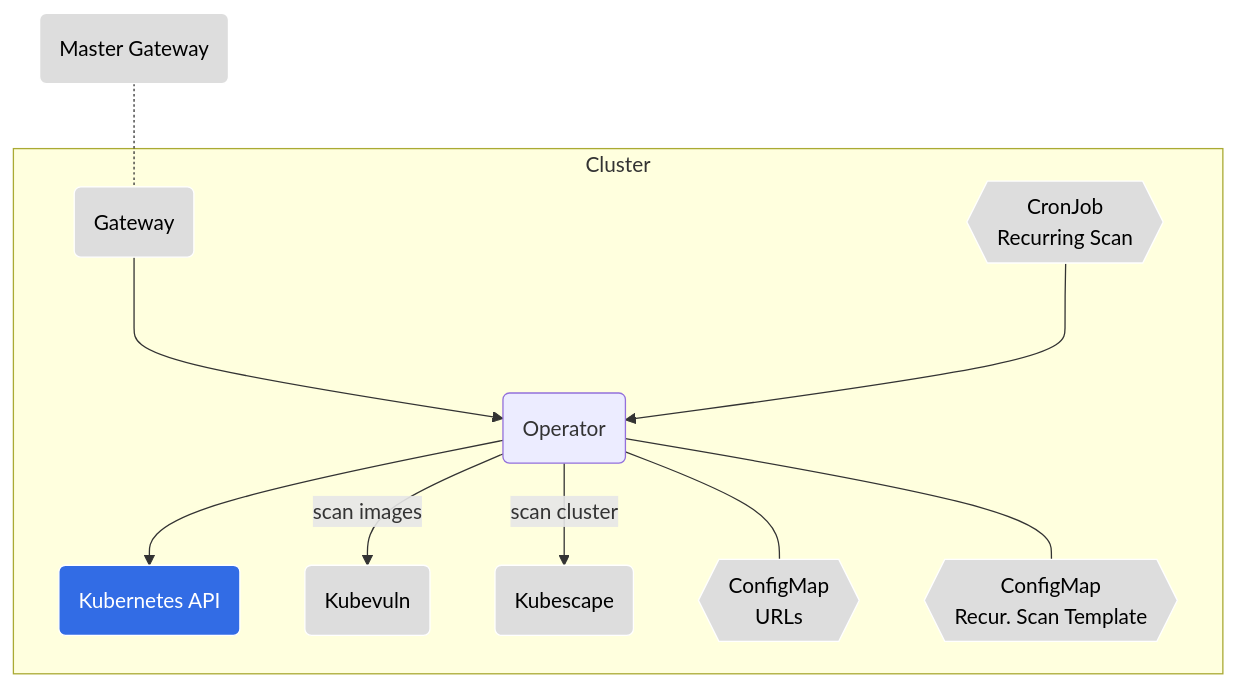
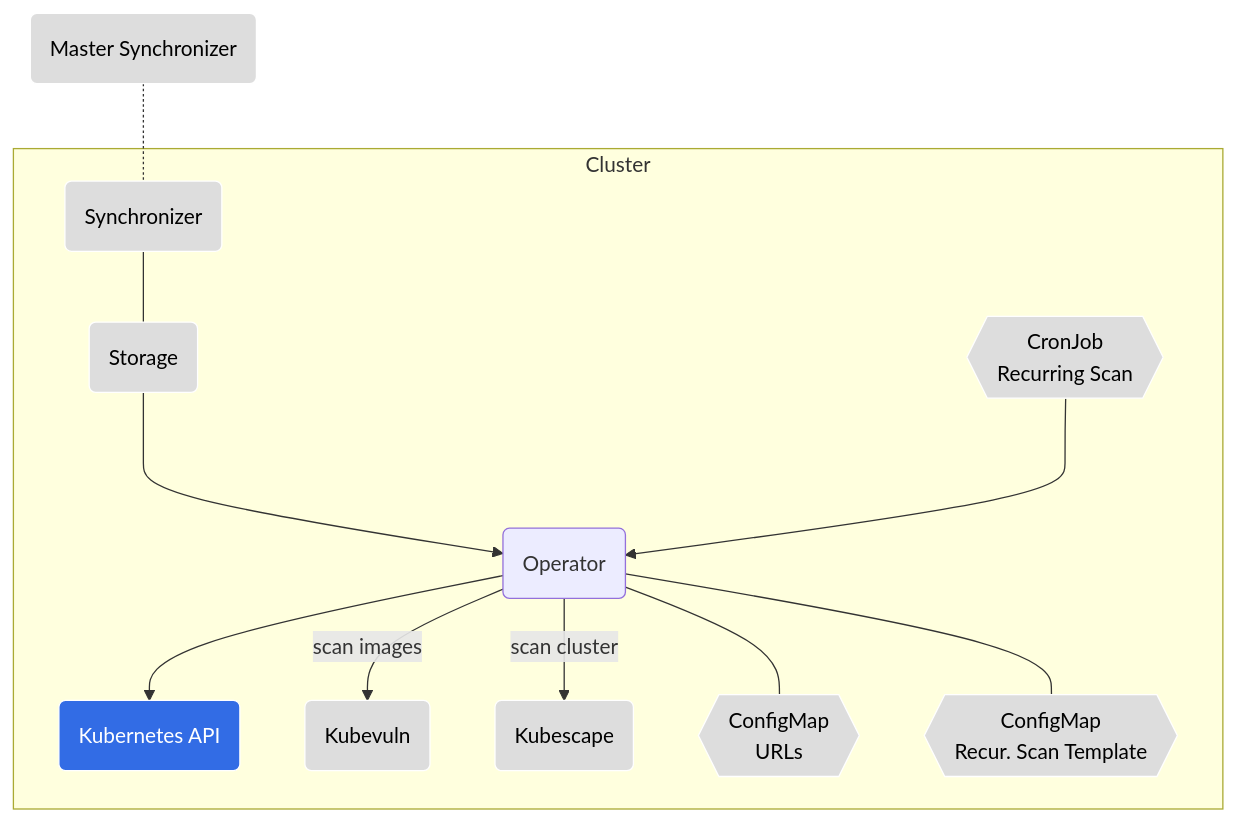
One commit to kubescape/helm-charts changed the fourth of 7 diagrams in charts/kubescape-operator/README.md. Above: the diagram before and after it, drawn with Mermaid. The commit also changed other lines of this file and 1 other file, not shown here.

Commit message:
update readme and diagrams

````diff
--- a/charts/kubescape-operator/README.md
+++ b/charts/kubescape-operator/README.md
@@ -259,26 +303,27 @@
 ```mermaid
 graph TB
   subgraph Cluster
-    gw(Gateway)
+    store(Storage)
+    sync(Synchronizer)
     operator(Operator)
     k8sApi(Kubernetes API);
     kubevuln(Kubevuln)
     ks(Kubescape)
     urlCm{{ConfigMap<br>URLs }}
     recurringTempCm{{ConfigMap<br>Recur. Scan Template }}
     recurringScanCj{{CronJob<br>Recurring Scan }}
   end;
-   masterGw(Master Gateway) .- gw
-    gw ---> operator
+    masterSync(Master Synchronizer) .- sync --- store
+    store ---> operator
     recurringScanCj ---> operator
     operator -->|scan cluster| ks
     operator -->|scan images| kubevuln
     operator --> k8sApi
     operator --- urlCm
     operator --- recurringTempCm
 
   classDef k8s fill:#326ce5,stroke:#fff,stroke-width:1px,color:#fff;
   classDef plain fill:#ddd,stroke:#fff,stroke-width:1px,color:#000;
   class k8sApi k8s
-  class ks,gw,masterGw,kollector,urlCm,recurringScanCj,recurringTempCm,kubevuln,er,dashboard plain
+  class ks,store,masterSync,kollector,urlCm,recurringScanCj,recurringTempCm,kubevuln,er,dashboard,sync plain
 ```
````
